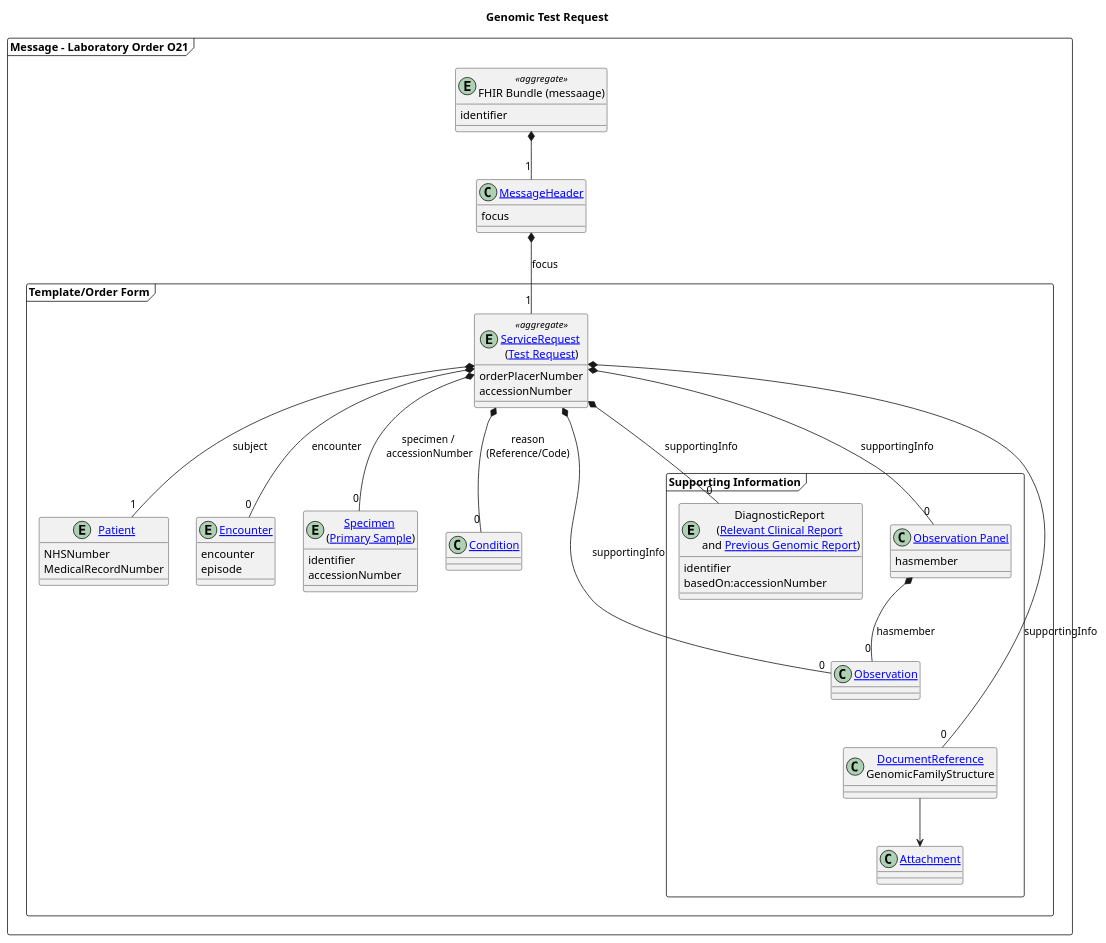
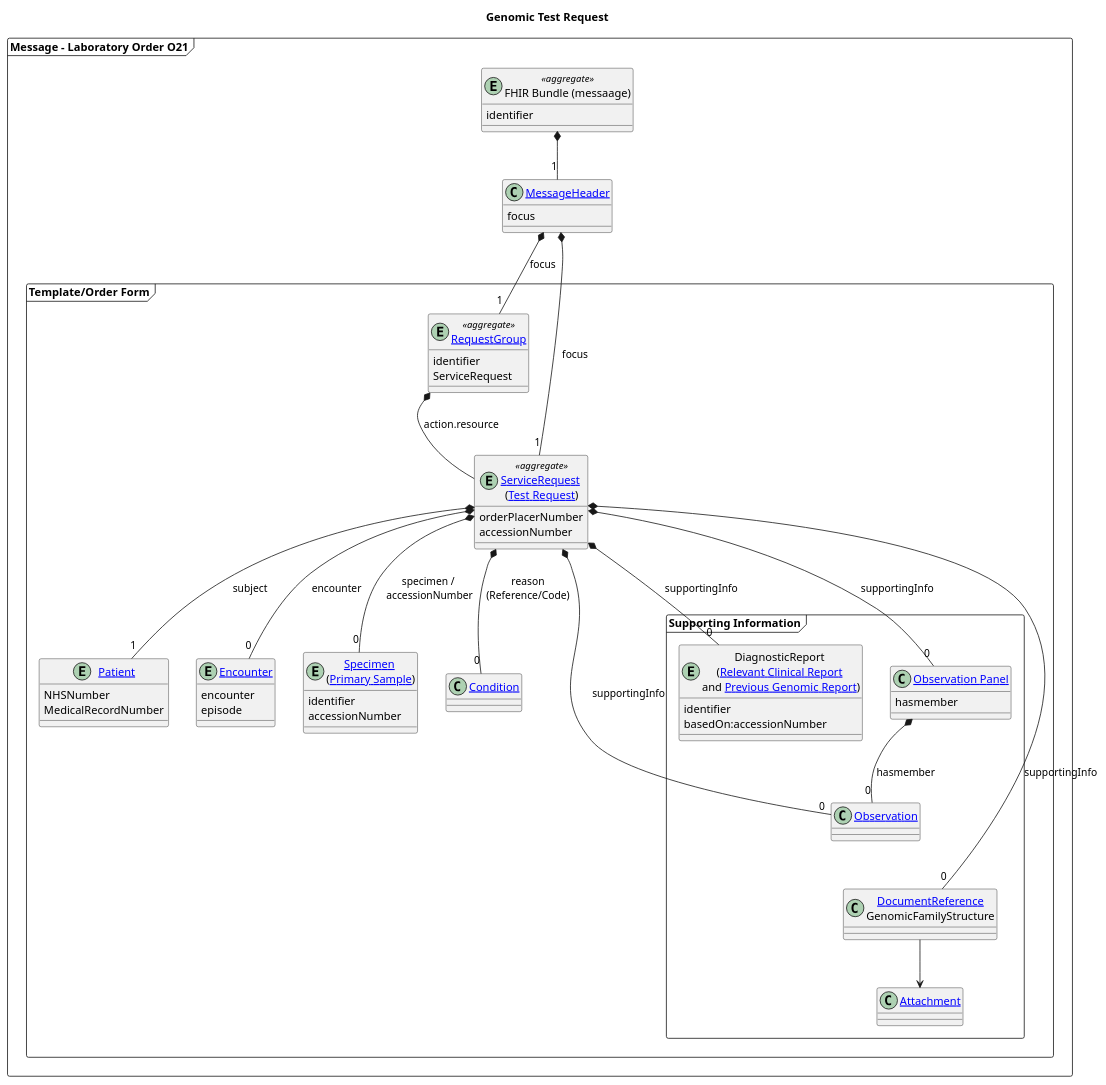
The diagram in input/images-source/orders-model.plantuml (nw-gmsa/nw-gmsa.github.com), drawn with PlantUML before and after one commit. The commit also changed 3 other files, not shown here.

Commit message:
Added Request Group and APIs for Patient + PractitionerRole

```diff
--- a/input/images-source/orders-model.plantuml
+++ b/input/images-source/orders-model.plantuml
@@ -1,85 +1,92 @@
 @startuml
 
 skinparam svgDimensionStyle false
 
 title "Genomic Test Request"
 
 frame "Message - Laboratory Order O21" as Message {
 entity "FHIR Bundle (messaage)" as oml <<aggregate>> {
 identifier
 }
 
 class "[[StructureDefinition-MessageHeader.html MessageHeader]]" as MSH {
  focus
 }
 
   frame "Template/Order Form" as Composition {
     entity "[[StructureDefinition-Patient.html Patient]]" as PID {
     NHSNumber
     MedicalRecordNumber
     }
 
     entity "[[StructureDefinition-Encounter.html Encounter]]" as PV1 {
     encounter
     episode
+    }
+
+    entity "[[StructureDefinition-RequestGroup.html RequestGroup]]" as RequestGroup <<aggregate>> {
+    identifier
+    ServiceRequest
     }
 
     entity "[[StructureDefinition-ServiceRequest.html ServiceRequest]] \n([[https://simplifier.net/guide/fhir-genomics-implementation-guide/Home/Design/Clinicalheadings#Test-Request Test Request]])" as ORC <<aggregate>> {
     orderPlacerNumber
     accessionNumber
     }
 
     entity "[[StructureDefinition-Specimen.html Specimen]] \n([[https://simplifier.net/guide/fhir-genomics-implementation-guide/Home/Design/Clinicalheadings#Primary-Sample Primary Sample]])" as SPM {
     identifier
     accessionNumber
     }
 
     class "[[StructureDefinition-Condition.html Condition]]" as DG1
 
 
     frame "Supporting Information" as supportingInfo {
 
     entity "DiagnosticReport \n([[https://simplifier.net/guide/fhir-genomics-implementation-guide/Home/Design/Clinicalheadings#Relevant-Clinical-Report Relevant Clinical Report]] \nand [[https://simplifier.net/guide/fhir-genomics-implementation-guide/Home/Design/Clinicalheadings#Previous-Genomic-Report Previous Genomic Report]])" as OBX {
       identifier
       basedOn:accessionNumber
     }
 
 
       class "[[StructureDefinition-Observation.html Observation]]" as OBX1 {
       }
 
 
       class "[[StructureDefinition-Observation-Panel.html Observation Panel]]" as panel {
       hasmember
       }
 
       class "[[StructureDefinition-DocumentReference.html DocumentReference]]\nGenomicFamilyStructure" as family {
 
       }
 
       class "[[StructureDefinition-Attachment.html Attachment]]" as OBX2
 
     }
 
     family -d-> OBX2
 
     panel *-d- "0" OBX1: hasmember
 
     OBX1 -d[hidden]- family
 
  }
 }
 
 oml *-d- "1" MSH
 MSH *-d- "1" ORC: focus
+MSH *-d- "1" RequestGroup: focus
+RequestGroup *-d- ORC: action.resource
 ORC *-- "0" SPM : specimen /\n accessionNumber
 ORC *-- "1" PID : subject
 ORC *-- "0" PV1 : encounter
 ORC *-- "0" DG1 : reason\n(Reference/Code)
 ORC *-- "0" OBX: supportingInfo
 ORC *-- "0" OBX1: supportingInfo
 ORC *-- "0" panel: supportingInfo
 ORC *-- "0" family: supportingInfo
 
 
 @enduml
```
